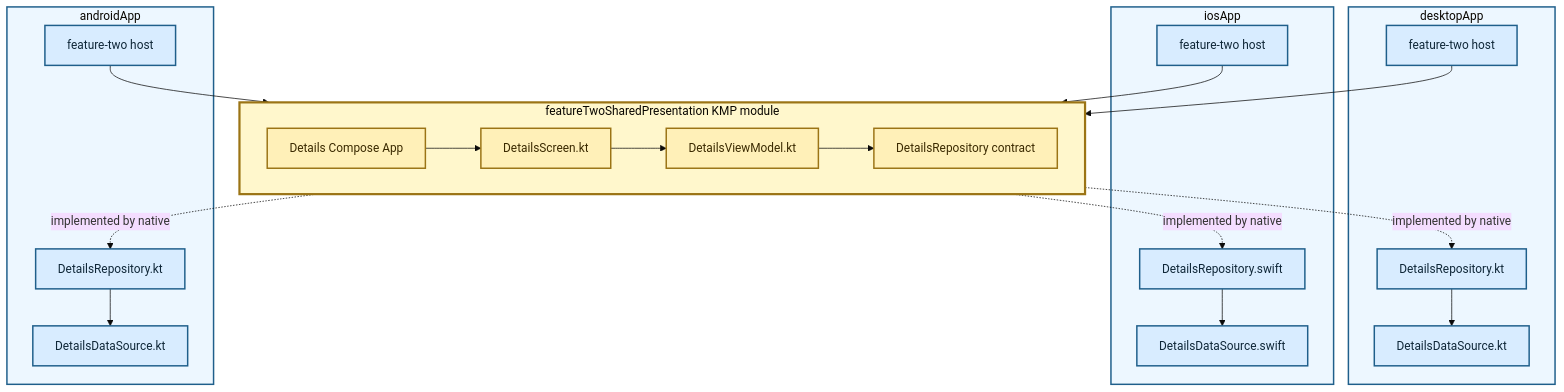
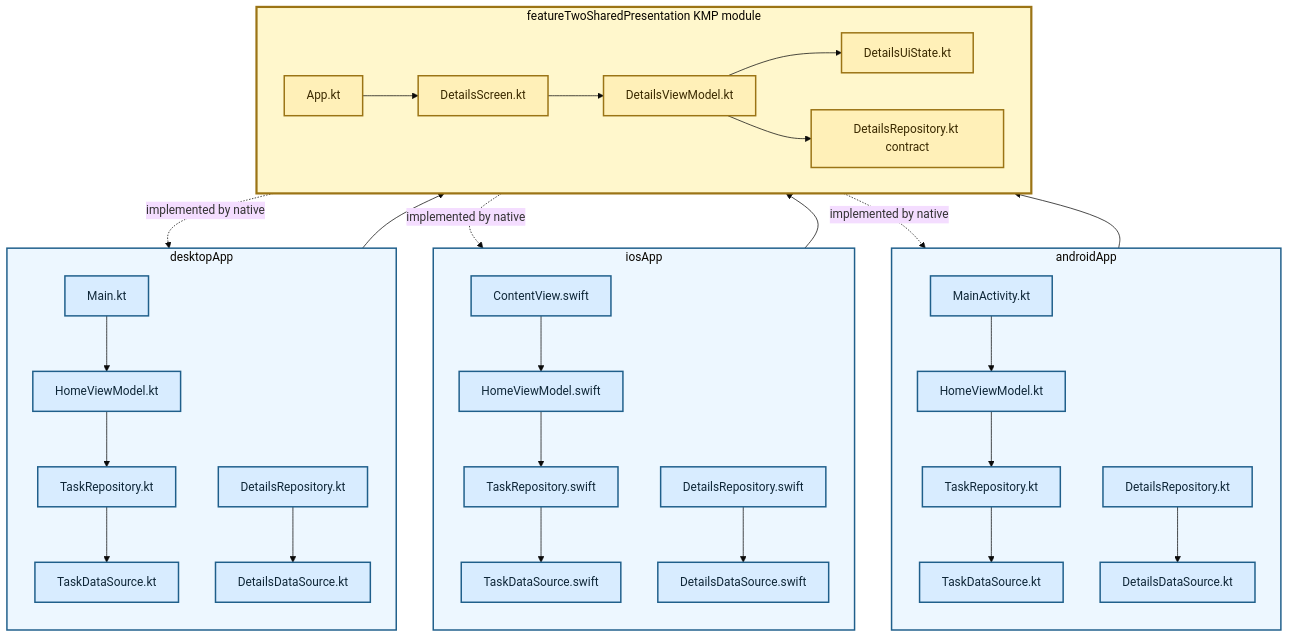
The diagram in diagrams/11-modular-kmp-presentation-layer.md (TheSetox/kmp-sample-diagrams), drawn with Mermaid (base theme) before and after one commit. The commit also changed other lines of this file and 87 other files, not shown here.

Commit message:
sample: show native feature one in modular kmp

````diff
--- a/diagrams/11-modular-kmp-presentation-layer.md
+++ b/diagrams/11-modular-kmp-presentation-layer.md
@@ -5,48 +5,66 @@
 ```mermaid
 flowchart TB
-  subgraph Desktop["desktopApp"]
-    DHost["feature-two host"]
-    DRepository["DetailsRepository.kt"]
-    DDataSource["DetailsDataSource.kt"]
-    DRepository --> DDataSource
+  subgraph Android["androidApp"]
+    direction TB
+    AEntry["MainActivity.kt"]
+    AHomeVM["HomeViewModel.kt"]
+    ATaskRepository["TaskRepository.kt"]
+    ATaskDataSource["TaskDataSource.kt"]
+    ADetailsRepository["DetailsRepository.kt"]
+    ADetailsDataSource["DetailsDataSource.kt"]
+    AEntry --> AHomeVM --> ATaskRepository --> ATaskDataSource
+    ADetailsRepository --> ADetailsDataSource
   end
 
   subgraph IOS["iosApp"]
-    IHost["feature-two host"]
-    IRepository["DetailsRepository.swift"]
-    IDataSource["DetailsDataSource.swift"]
-    IRepository --> IDataSource
+    direction TB
+    IEntry["ContentView.swift"]
+    IHomeVM["HomeViewModel.swift"]
+    ITaskRepository["TaskRepository.swift"]
+    ITaskDataSource["TaskDataSource.swift"]
+    IDetailsRepository["DetailsRepository.swift"]
+    IDetailsDataSource["DetailsDataSource.swift"]
+    IEntry --> IHomeVM --> ITaskRepository --> ITaskDataSource
+    IDetailsRepository --> IDetailsDataSource
   end
 
-  subgraph Android["androidApp"]
-    AHost["feature-two host"]
-    ARepository["DetailsRepository.kt"]
-    ADataSource["DetailsDataSource.kt"]
-    ARepository --> ADataSource
+  subgraph Desktop["desktopApp"]
+    direction TB
+    DEntry["Main.kt"]
+    DHomeVM["HomeViewModel.kt"]
+    DTaskRepository["TaskRepository.kt"]
+    DTaskDataSource["TaskDataSource.kt"]
+    DDetailsRepository["DetailsRepository.kt"]
+    DDetailsDataSource["DetailsDataSource.kt"]
+    DEntry --> DHomeVM --> DTaskRepository --> DTaskDataSource
+    DDetailsRepository --> DDetailsDataSource
   end
 
   subgraph KMP["featureTwoSharedPresentation KMP module"]
     direction LR
-    App["Details Compose App"]
+    App["App.kt"]
     Screen["DetailsScreen.kt"]
+    State["DetailsUiState.kt"]
     VM["DetailsViewModel.kt"]
-    RepositoryPort["DetailsRepository contract"]
-    App --> Screen --> VM --> RepositoryPort
+    RepositoryPort["DetailsRepository.kt contract"]
+    App --> Screen --> VM
+    VM --> State
+    VM --> RepositoryPort
   end
 
-  AHost --> App
-  IHost --> App
-  DHost --> App
-  RepositoryPort -. "implemented by native" .-> ARepository
-  RepositoryPort -. "implemented by native" .-> IRepository
-  RepositoryPort -. "implemented by native" .-> DRepository
+  AEntry --> App
+  IEntry --> App
+  DEntry --> App
+  RepositoryPort -. "implemented by native" .-> ADetailsRepository
+  RepositoryPort -. "implemented by native" .-> IDetailsRepository
+  RepositoryPort -. "implemented by native" .-> DDetailsRepository
 
   classDef app fill:#d8ecff,stroke:#1f5f8b,color:#0f2738,stroke-width:2px;
   classDef kmp fill:#fff0b8,stroke:#9b7415,color:#3b2a00,stroke-width:2px;
-  class AHost,ARepository,ADataSource,IHost,IRepository,IDataSource,DHost,DRepository,DDataSource app;
-  class App,Screen,VM,RepositoryPort kmp;
+  class AEntry,AHomeVM,ATaskRepository,ATaskDataSource,ADetailsRepository,ADetailsDataSource,IEntry,IHomeVM,ITaskRepository,ITaskDataSource,IDetailsRepository,IDetailsDataSource,DEntry,DHomeVM,DTaskRepository,DTaskDataSource,DDetailsRepository,DDetailsDataSource app;
+  class App,Screen,State,VM,RepositoryPort kmp;
   style Android fill:#edf7ff,stroke:#1f5f8b,stroke-width:2px
   style IOS fill:#edf7ff,stroke:#1f5f8b,stroke-width:2px
   style Desktop fill:#edf7ff,stroke:#1f5f8b,stroke-width:2px
   style KMP fill:#fff7cc,stroke:#9b7415,stroke-width:3px
 ```
````
